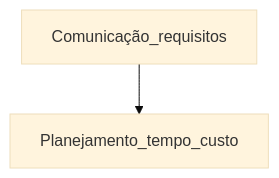
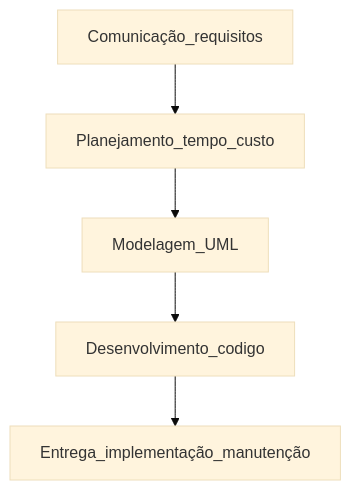
Before and after one commit to vanessacezarn/3_Semestre: the diagram in Engenharia e Requisitos de Software/aula_05 19.03.md, drawn with Mermaid (base theme).

Commit message:
Update aula_05 19.03.md

````diff
--- a/Engenharia e Requisitos de Software/aula_05 19.03.md
+++ b/Engenharia e Requisitos de Software/aula_05 19.03.md
@@ -15,7 +15,9 @@
 ```mermaid
 graph TD;
     Comunicação_requisitos --> Planejamento_tempo_custo;
-
+    Planejamento_tempo_custo --> Modelagem_UML
+    Modelagem_UML --> Desenvolvimento_codigo
+    Desenvolvimento_codigo --> Entrega_implementação_manutenção
     
     
 ```
````
